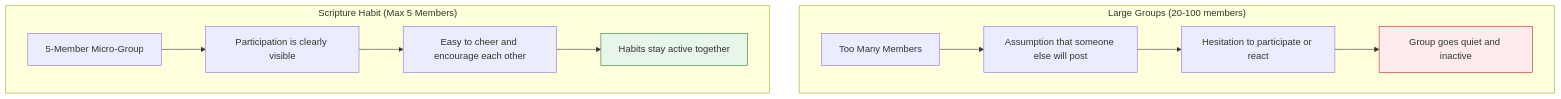
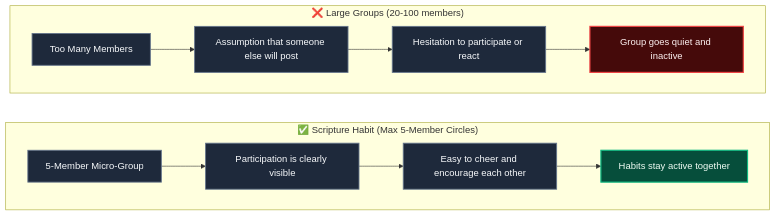
Before and after one commit to ScriptureHabit/scripture-habit: the first of 2 diagrams in docs/ux-small-groups-and-peer-accountability.md, drawn with Mermaid. The commit also changed other lines of this file and 9 other files, not shown here.

Commit message:
docs: optimize all wide Mermaid diagrams into readable vertical stacked layouts

````diff
--- a/docs/ux-small-groups-and-peer-accountability.md
+++ b/docs/ux-small-groups-and-peer-accountability.md
@@ -15,17 +15,20 @@
 ```mermaid
-graph TD
-    subgraph SG_Large["Large Groups (20-100 members)"]
-        A1["Too Many Members"] --> B1["Assumption that someone else will post"]
-        B1 --> C1["Hesitation to participate or react"]
-        C1 --> D1["Group goes quiet and inactive"]
+flowchart TD
+    classDef good fill:#064e3b,stroke:#10b981,stroke-width:2px,color:#f0fdf4;
+    classDef bad fill:#450a0a,stroke:#ef4444,stroke-width:2px,color:#fef2f2;
+    classDef step fill:#1e293b,stroke:#64748b,stroke-width:1.5px,color:#f8fafc;
+
+    subgraph SG_Large["❌ Large Groups (20-100 members)"]
+        A1["Too Many Members"]:::step --> B1["Assumption that someone else will post"]:::step
+        B1 --> C1["Hesitation to participate or react"]:::step
+        C1 --> D1["Group goes quiet and inactive"]:::bad
     end
 
-    subgraph SG_Habit["Scripture Habit (Max 5 Members)"]
-        A2["5-Member Micro-Group"] --> B2["Participation is clearly visible"]
-        B2 --> C2["Easy to cheer and encourage each other"]
-        C2 --> D2["Habits stay active together"]
+    subgraph SG_Habit["✅ Scripture Habit (Max 5-Member Circles)"]
+        A2["5-Member Micro-Group"]:::step --> B2["Participation is clearly visible"]:::step
+        B2 --> C2["Easy to cheer and encourage each other"]:::step
+        C2 --> D2["Habits stay active together"]:::good
     end
 
-    style D1 fill:#ffebee,stroke:#c62828,stroke-width:1px
-    style D2 fill:#e8f5e9,stroke:#2e7d32,stroke-width:1px
+    SG_Large ~~~ SG_Habit
 ```
````
